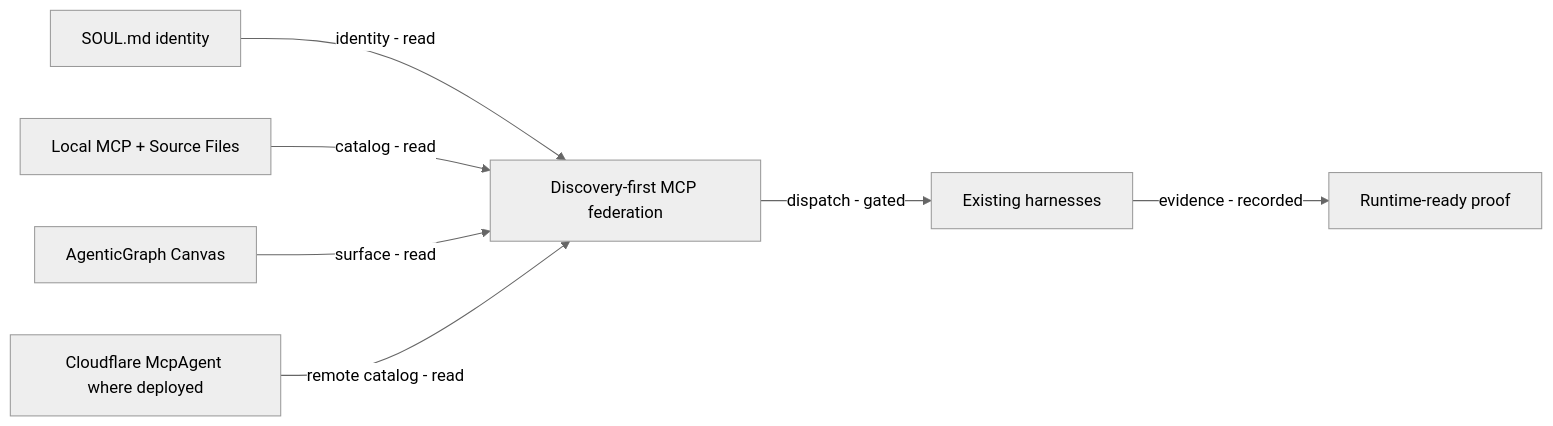
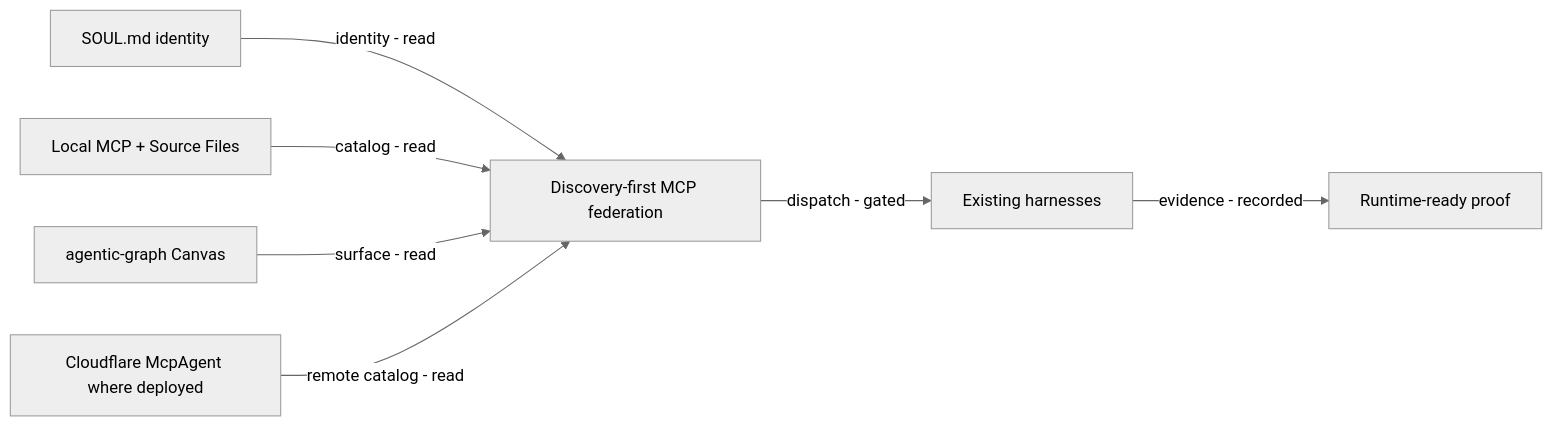
One commit to huijoohwee/agentic-canvas-os changed the diagram in docs/README.md. Above: the diagram before and after it, drawn with Mermaid (neutral theme). The commit also changed other lines of this file and 153 other files, not shown here.

First line of the commit message:
refactor(identity): migrate product namespace to agentic-graph (#875)

````diff
--- a/docs/README.md
+++ b/docs/README.md
@@ -144,17 +144,17 @@
 ```mermaid
 flowchart LR
   local["Local MCP + Source Files"]
   soul["SOUL.md identity"]
-  canvas["AgenticGraph Canvas"]
+  canvas["agentic-graph Canvas"]
   mcp["Cloudflare McpAgent where deployed"]
   gateway["Discovery-first MCP federation"]
   harnesses["Existing harnesses"]
   proof["Runtime-ready proof"]
 
   soul -->|"identity - read"| gateway
   local -->|"catalog - read"| gateway
   canvas -->|"surface - read"| gateway
   mcp -->|"remote catalog - read"| gateway
   gateway -->|"dispatch - gated"| harnesses
   harnesses -->|"evidence - recorded"| proof
 ```
````
